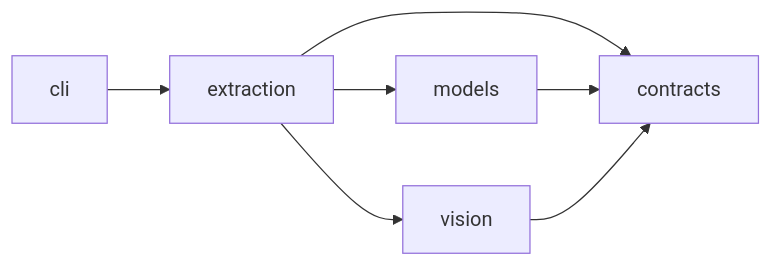
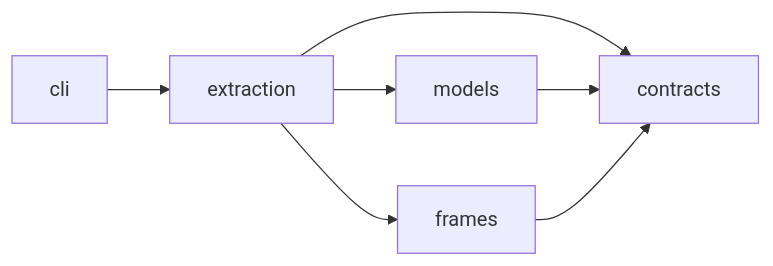
One commit to edyhtan/framekit changed the second of 5 diagrams in docs/ARCHITECTURE.md. Above: the diagram before and after it, drawn with Mermaid. The commit also changed other lines of this file and 36 other files, not shown here.

First line of the commit message:
Rename framekit.vision to framekit.frames (#24)

````diff
--- a/docs/ARCHITECTURE.md
+++ b/docs/ARCHITECTURE.md
@@ -103,9 +103,9 @@
 ```mermaid
 flowchart LR
     CLI["cli"] --> EX["extraction"]
     EX --> MA["models"]
-    EX --> VI["vision"]
+    EX --> VI["frames"]
     EX --> CT["contracts"]
     MA --> CT
     VI --> CT
 ```
````
